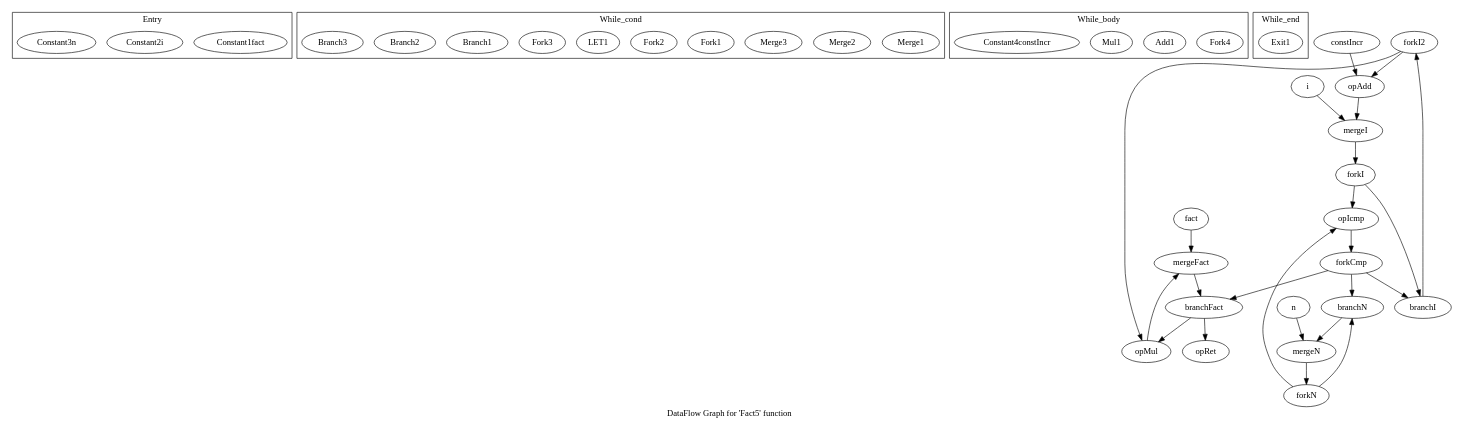
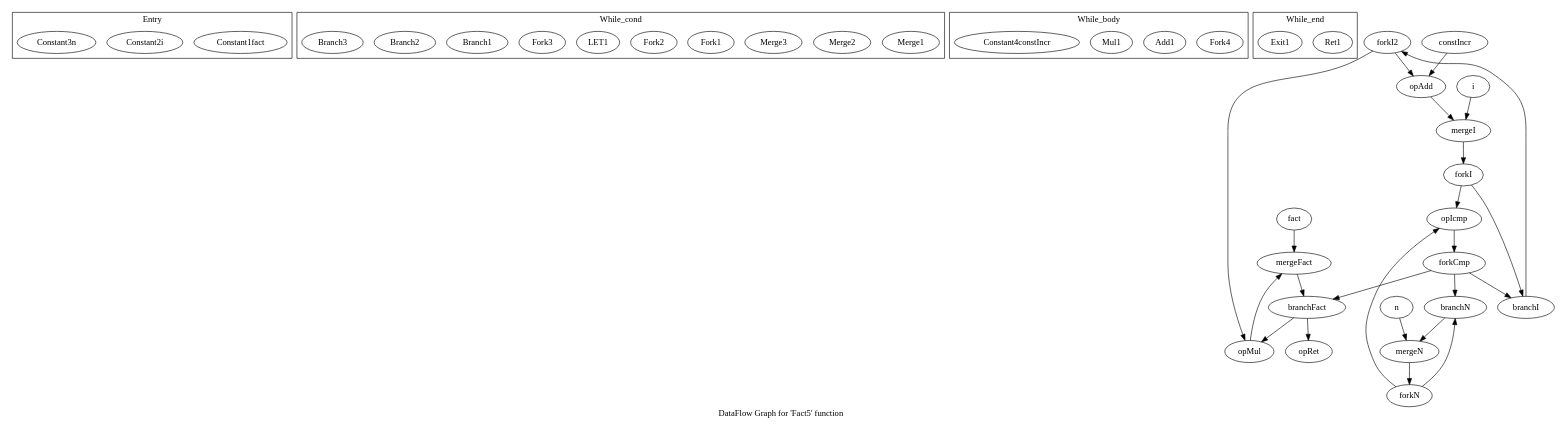
The diagram in DOTGrafs/Fact5.dot (QuimMarset/TFG), drawn with Graphviz before and after one commit. The commit also changed 3 other files, not shown here.

```diff
--- a/DOTGrafs/Fact5.dot
+++ b/DOTGrafs/Fact5.dot
@@ -1,59 +1,60 @@
 digraph "DataFlow Graph for 'Fact5' function" {
 	label="DataFlow Graph for 'Fact5' function";
 
 	subgraph cluster_Entry { 
 		Constant1fact[type = Constant, in = "inControl", out = "out", value = 1];
 		Constant2i[type = Constant, in = "inControl", out = "out", value = 2];
 		Constant3n[type = Constant, in = "inControl", out = "out", value = 5];
 		label = "Entry"
 	}
 	subgraph cluster_While_cond { 
 		Merge1[type = Merge, channel_width = 2, in = "in1 in2", out = "out"];
 		Merge2[type = Merge, channel_width = 2, in = "in1 in2", out = "out"];
 		Merge3[type = Merge, channel_width = 2, in = "in1 in2", out = "out"];
 		Fork1[type = Fork, channel_width = 2, in = "in", out = "out1 out2"];
 		Fork2[type = Fork, channel_width = 2, in = "in", out = "out1 out2"];
 		LET1[type = Operator, in = "in1 in2", out = "out", op = leq, latency = 0, II = 0];
 		Fork3[type = Fork, channel_width = 3, in = "in", out = "out1 out2"];
 		Branch1[type = Branch, in = "in inCondition?:1", out = "outTrue+ outFalse-"];
 		Branch2[type = Branch, in = "in inCondition?:1", out = "outTrue+ outFalse-"];
 		Branch3[type = Branch, in = "in inCondition?:1", out = "outTrue+ outFalse-"];
 		label = "While_cond"
 	}
 	subgraph cluster_While_body { 
 		Fork4[type = Fork, channel_width = 2, in = "in", out = "out1 out2"];
 		Add1[type = Operator, in = "in1 in2", out = "out", op = add, latency = 0, II = 0];
 		Mul1[type = Operator, in = "in1 in2", out = "out", op = mul, latency = 0, II = 0];
 		Constant4constIncr[type = Constant, in = "inControl", out = "out", value = 1];
 		label = "While_body"
 	}
 	subgraph cluster_While_end { 
-		Exit1[type = Exit, in = "controlIn"];
+		Ret1[type = Exit, in = "dataIn"];
+		Exit1[type = Exit, in = "controlIn:0"];
 		label = "While_end"
 	}
 
 	fact -> mergeFact [from = out, to = in1];
 	i -> mergeI [from = out, to = in1];
 	n -> mergeN [from = out, to = in1];
 	mergeN -> forkN [from = out, to = in];
 	mergeI -> forkI [from = out, to = in];
 	forkN -> opIcmp [from = out1, to = in1];
 	forkN -> branchN [from = out2, to = in];
 	forkI -> opIcmp [from = ou1, to = in2];
 	forkI -> branchI [from = out2, to = in];
 	mergeFact -> branchFact [from = out, to = in];
 	opIcmp -> forkCmp [from = out, to = in];
 	forkCmp -> branchN [from = out1, to = inCondition];
 	forkCmp -> branchI [from = out2, to = inCondition];
 	forkCmp -> branchFact [from = out3, to = inCondition];
 	branchN -> mergeN [from = outTrue, to = in2];
 	branchI -> forkI2 [from = outTrue, to = in];
 	branchFact -> opMul [from = outTrue, to = in1];
 	branchFact -> opRet [from = outFalse, to = in];
 	constIncr -> opAdd [from = out, to = in1];
 	forkI2 -> opAdd [from = out1, to = in2];
 	forkI2 -> opMul [from = out2, to = in2];
 	opAdd -> mergeI [from = out, to = in2];
 	opMul -> mergeFact [from = out, to = in2];
 
 }
```
